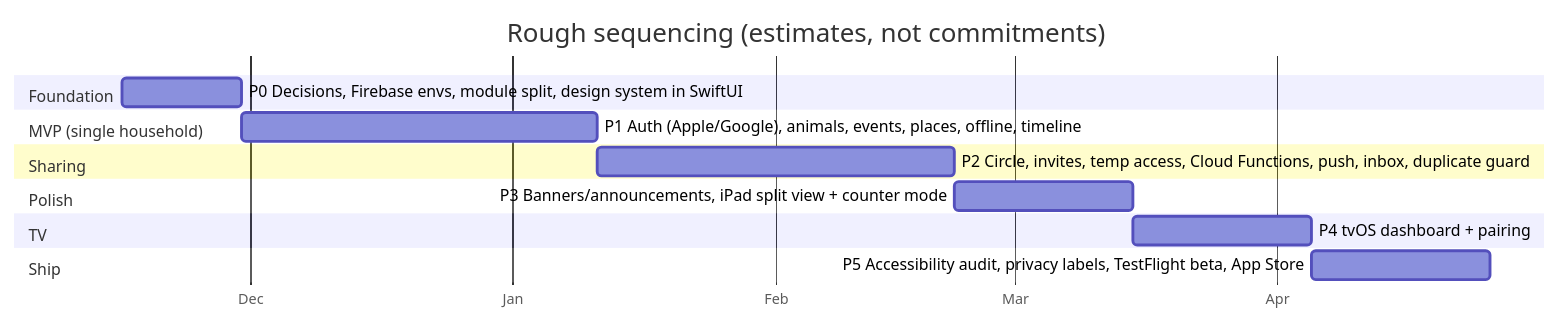
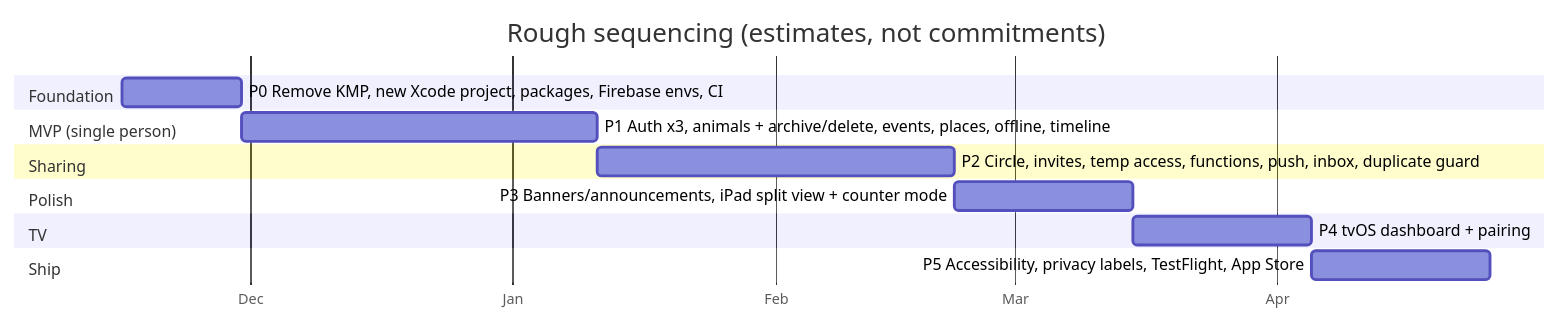
The fifth of 5 diagrams in docs/implementation-plan.md (fiveSpeedMazdarati/Dog-Trackin-KMP), drawn with Mermaid before and after one commit. The commit also changed other lines of this file and 21 other files, not shown here.

First line of the commit message:
Switch plan to iOS-only Swift/SwiftUI; add DesignSystem Swift package

````diff
--- a/docs/implementation-plan.md
+++ b/docs/implementation-plan.md
@@ -207,18 +215,18 @@
 ```mermaid
 gantt
   dateFormat  YYYY-MM-DD
   axisFormat  %b
   title Rough sequencing (estimates, not commitments)
   section Foundation
-  P0 Decisions, Firebase envs, module split, design system in SwiftUI :p0, 2026-11-16, 2w
-  section MVP (single household)
-  P1 Auth (Apple/Google), animals, events, places, offline, timeline :p1, after p0, 6w
+  P0 Remove KMP, new Xcode project, packages, Firebase envs, CI :p0, 2026-11-16, 2w
+  section MVP (single person)
+  P1 Auth x3, animals + archive/delete, events, places, offline, timeline :p1, after p0, 6w
   section Sharing
-  P2 Circle, invites, temp access, Cloud Functions, push, inbox, duplicate guard :p2, after p1, 6w
+  P2 Circle, invites, temp access, functions, push, inbox, duplicate guard :p2, after p1, 6w
   section Polish
   P3 Banners/announcements, iPad split view + counter mode :p3, after p2, 3w
   section TV
   P4 tvOS dashboard + pairing :p4, after p3, 3w
   section Ship
-  P5 Accessibility audit, privacy labels, TestFlight beta, App Store :p5, after p4, 3w
+  P5 Accessibility, privacy labels, TestFlight, App Store :p5, after p4, 3w
 ```
````
